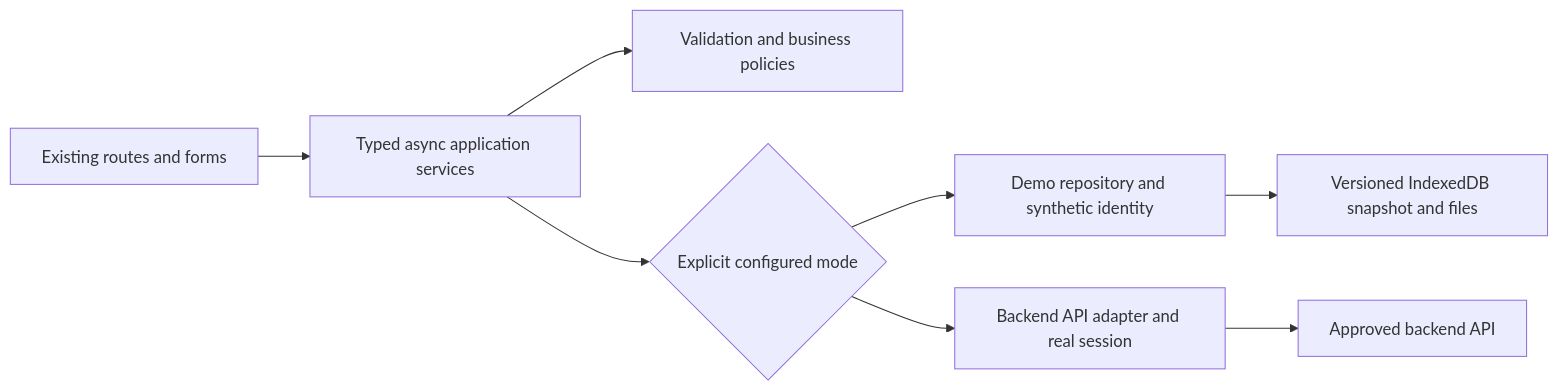
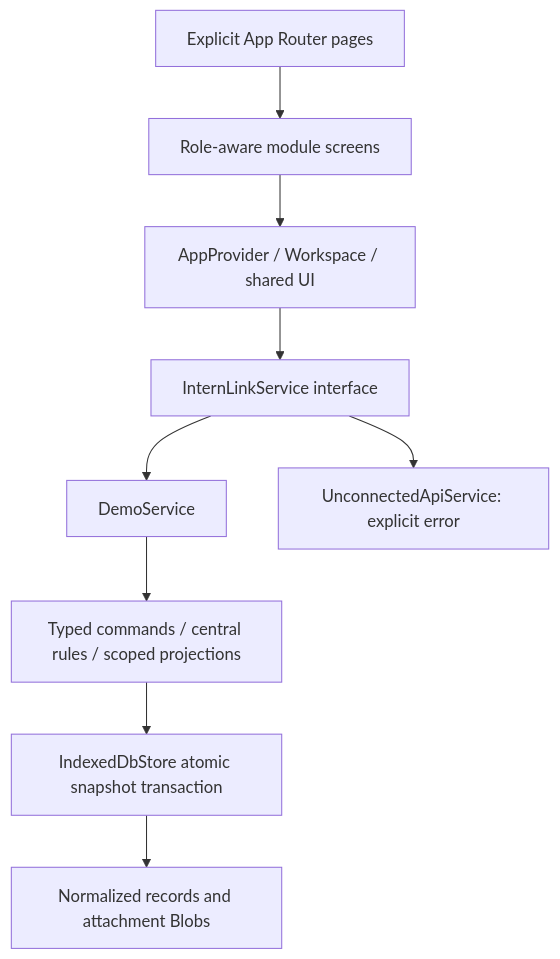
One commit to jelainealexa/pup-internlink-ui changed the diagram in docs/ARCHITECTURE.md. Above: the diagram before and after it, drawn with Mermaid. The commit also changed other lines of this file and 42 other files, not shown here.

````diff
--- a/docs/ARCHITECTURE.md
+++ b/docs/ARCHITECTURE.md
@@ -7,10 +5,11 @@
 ```mermaid
-flowchart LR
-  UI[Existing routes and forms] --> S[Typed async application services]
-  S --> R[Validation and business policies]
-  S --> A{Explicit configured mode}
-  A --> D[Demo repository and synthetic identity]
-  A --> P[Backend API adapter and real session]
-  D --> I[Versioned IndexedDB snapshot and files]
-  P --> B[Approved backend API]
+flowchart TD
+  Routes[Explicit App Router pages] --> Features[Role-aware module screens]
+  Features --> Provider[AppProvider / Workspace / shared UI]
+  Provider --> Service[InternLinkService interface]
+  Service --> Demo[DemoService]
+  Service --> Api[UnconnectedApiService: explicit error]
+  Demo --> Commands[Typed commands / central rules / scoped projections]
+  Commands --> Store[IndexedDbStore atomic snapshot transaction]
+  Store --> Data[Normalized records and attachment Blobs]
 ```
````
